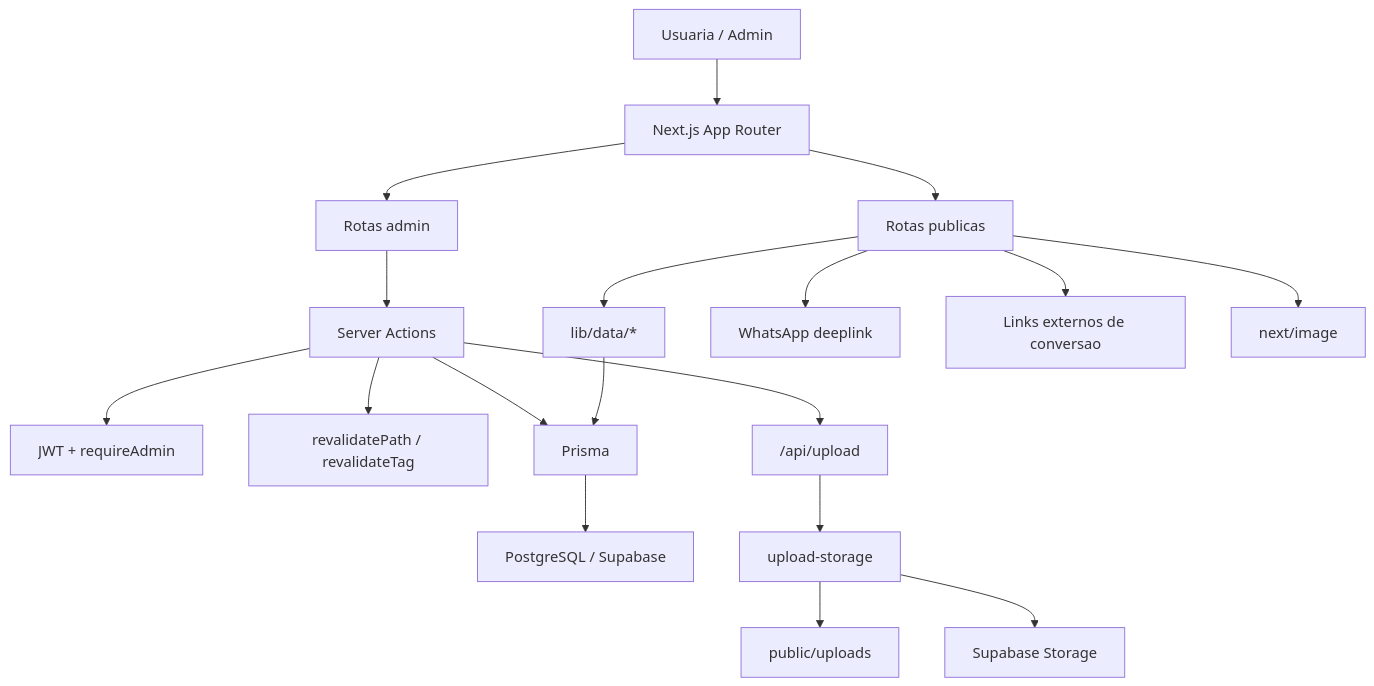
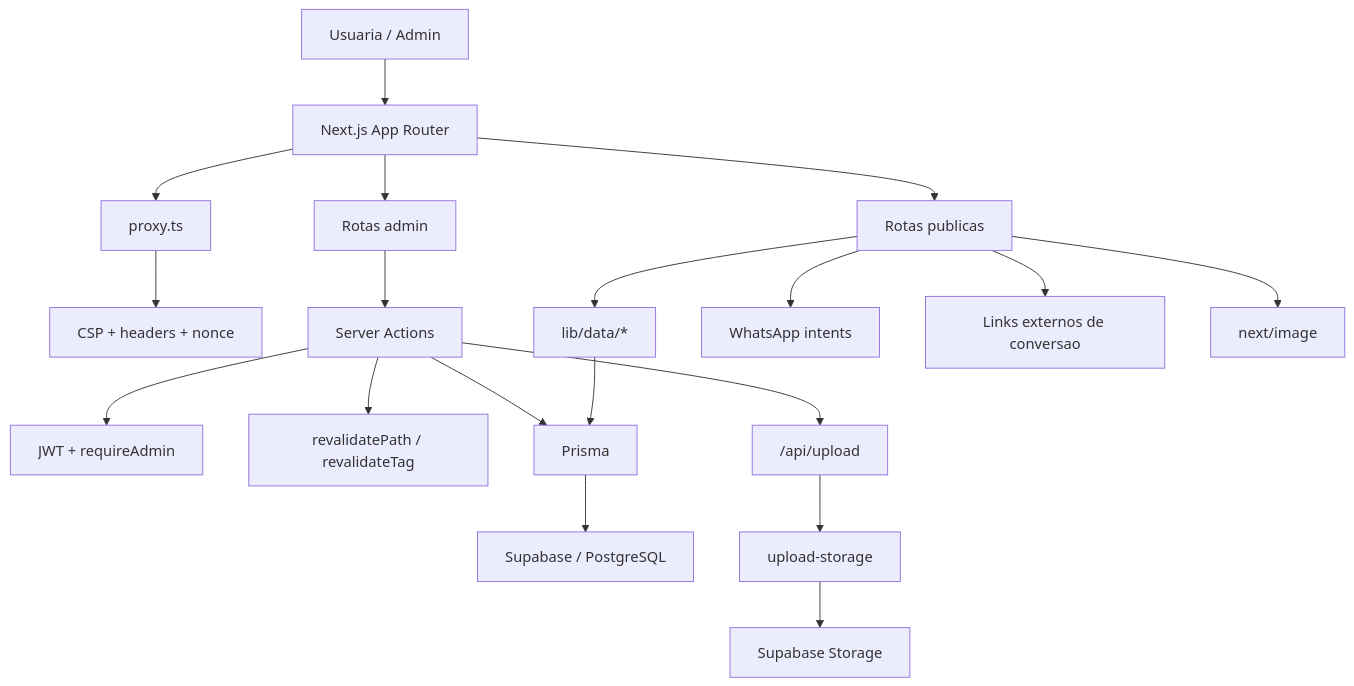
The diagram in docs/DOCUMENTACAO_TECNICA_ELIANE_MARQUES.md (Jampras/Eliane-Marques), drawn with Mermaid before and after one commit. The commit also changed other lines of this file and 6 other files, not shown here.

````diff
--- a/docs/DOCUMENTACAO_TECNICA_ELIANE_MARQUES.md
+++ b/docs/DOCUMENTACAO_TECNICA_ELIANE_MARQUES.md
@@ -55,20 +55,21 @@
 ```mermaid
 flowchart TD
     U["Usuaria / Admin"] --> FE["Next.js App Router"]
+    FE --> PROXY["proxy.ts"]
+    PROXY --> SEC["CSP + headers + nonce"]
     FE --> PUB["Rotas publicas"]
     FE --> ADM["Rotas admin"]
     ADM --> ACT["Server Actions"]
     ACT --> AUTH["JWT + requireAdmin"]
     ACT --> CACHE["revalidatePath / revalidateTag"]
     PUB --> DATA["lib/data/*"]
     DATA --> PRISMA["Prisma"]
     ACT --> PRISMA
-    PRISMA --> DB["PostgreSQL / Supabase"]
+    PRISMA --> DB["Supabase / PostgreSQL"]
     ACT --> UP["/api/upload"]
     UP --> ST["upload-storage"]
-    ST --> LOCAL["public/uploads"]
     ST --> SUPA["Supabase Storage"]
-    PUB --> WA["WhatsApp deeplink"]
+    PUB --> WA["WhatsApp intents"]
     PUB --> EXT["Links externos de conversao"]
     PUB --> IMG["next/image"]
 ```
````
